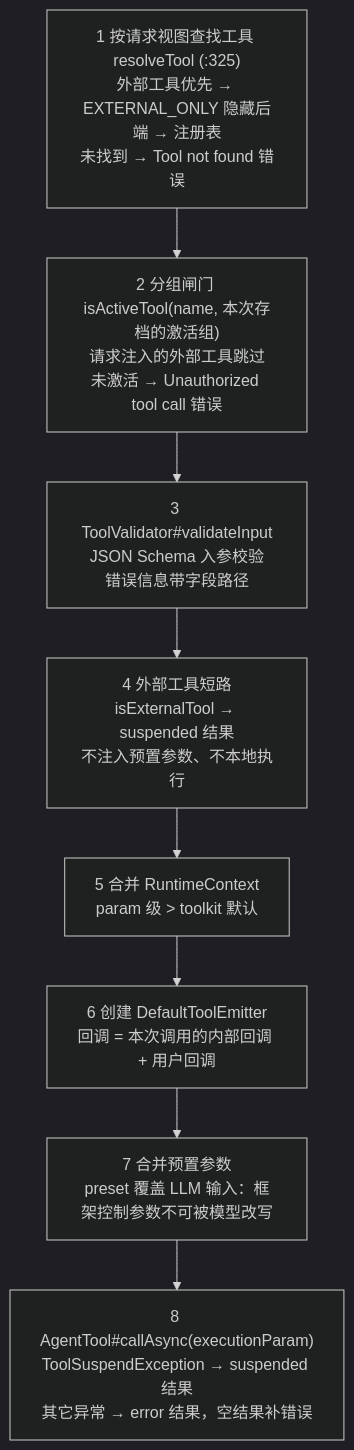
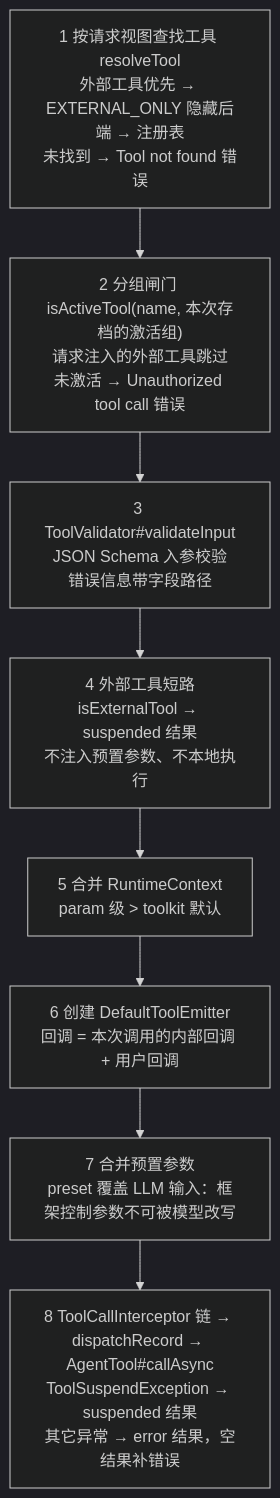
Before and after one commit to liulangjietou/AgentScope-source-analysis: the fourth of 5 diagrams in 04-工具系统.md, drawn with Mermaid (dark theme). The commit also changed other lines of this file and 13 other files, not shown here.

Commit message:
docs: align source guide and diagrams with main dcb131a3

````diff
--- a/04-工具系统.md
+++ b/04-工具系统.md
@@ -129,10 +131,10 @@
 ```mermaid
 flowchart TB
-    S1["1 按请求视图查找工具 resolveTool (:325)<br/>外部工具优先 → EXTERNAL_ONLY 隐藏后端 → 注册表<br/>未找到 → Tool not found 错误"] --> S2["2 分组闸门 isActiveTool(name, 本次存档的激活组)<br/>请求注入的外部工具跳过<br/>未激活 → Unauthorized tool call 错误"]
+    S1["1 按请求视图查找工具 resolveTool<br/>外部工具优先 → EXTERNAL_ONLY 隐藏后端 → 注册表<br/>未找到 → Tool not found 错误"] --> S2["2 分组闸门 isActiveTool(name, 本次存档的激活组)<br/>请求注入的外部工具跳过<br/>未激活 → Unauthorized tool call 错误"]
     S2 --> S3["3 ToolValidator#validateInput<br/>JSON Schema 入参校验<br/>错误信息带字段路径"]
     S3 --> S4["4 外部工具短路<br/>isExternalTool → suspended 结果<br/>不注入预置参数、不本地执行"]
     S4 --> S5["5 合并 RuntimeContext<br/>param 级 > toolkit 默认"]
     S5 --> S6["6 创建 DefaultToolEmitter<br/>回调 = 本次调用的内部回调 + 用户回调"]
     S6 --> S7["7 合并预置参数<br/>preset 覆盖 LLM 输入：框架控制参数不可被模型改写"]
-    S7 --> S8["8 AgentTool#callAsync(executionParam)<br/>ToolSuspendException → suspended 结果<br/>其它异常 → error 结果，空结果补错误"]
+    S7 --> S8["8 ToolCallInterceptor 链 → dispatchRecord → AgentTool#callAsync<br/>ToolSuspendException → suspended 结果<br/>其它异常 → error 结果，空结果补错误"]
 ```
````
